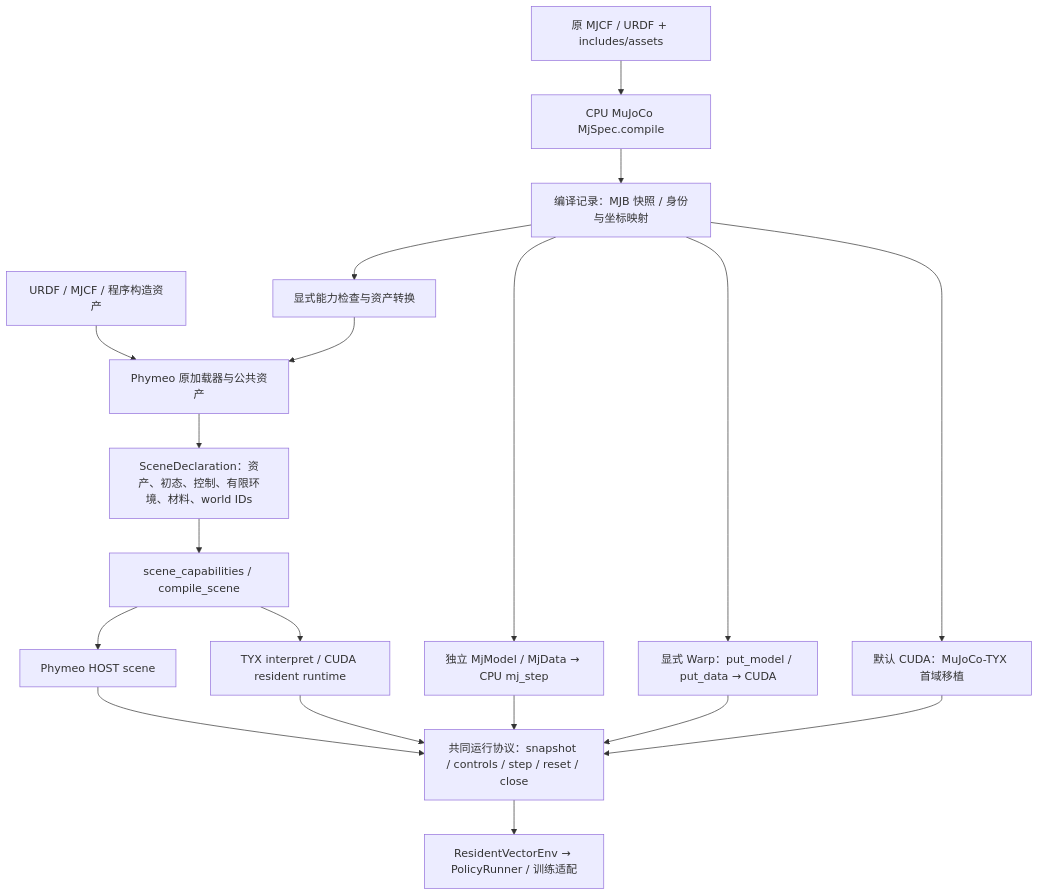
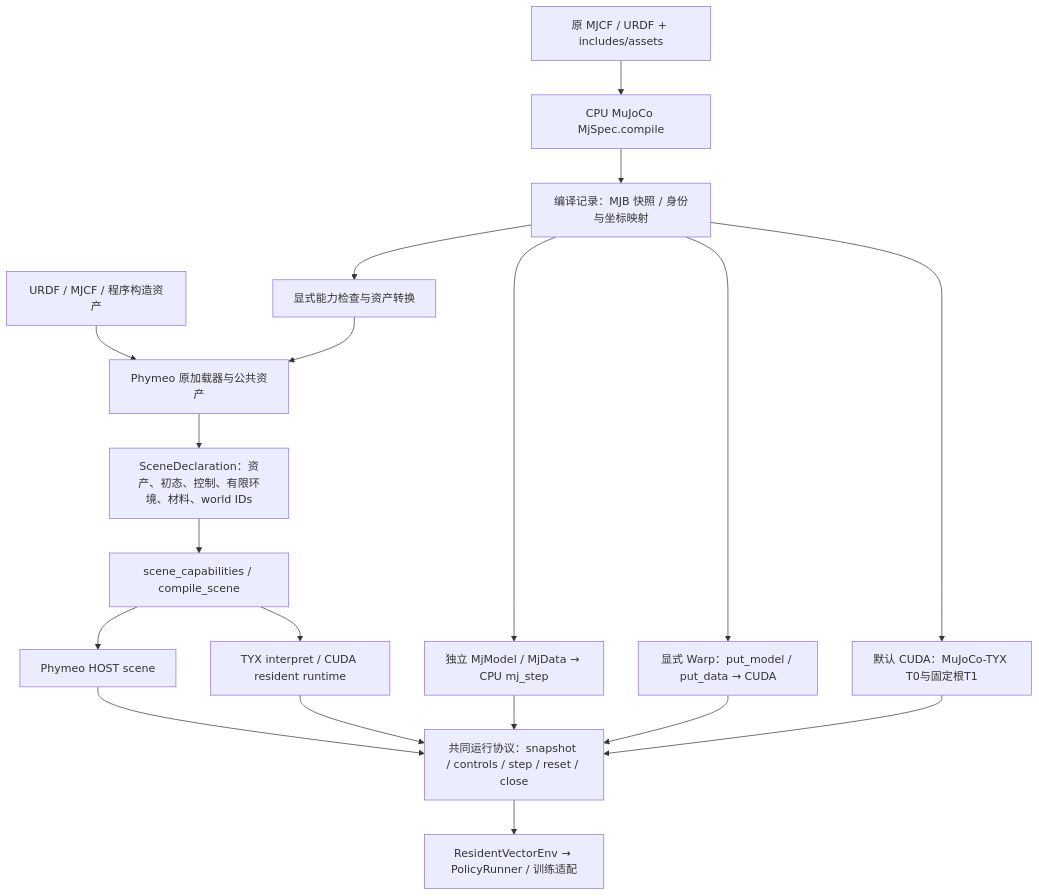
Before and after one commit to ChenxrC/phymeo: the diagram in docs/architecture/unified-scene-compilation.md, drawn with Mermaid. The commit also changed other lines of this file and 7 other files, not shown here.

````diff
--- a/docs/architecture/unified-scene-compilation.md
+++ b/docs/architecture/unified-scene-compilation.md
@@ -5,21 +5,21 @@
 ```mermaid
 flowchart TD
   A[URDF / MJCF / 程序构造资产] --> B[Phymeo 原加载器与公共资产]
   C[原 MJCF / URDF + includes/assets] --> D[CPU MuJoCo MjSpec.compile]
   D --> E[编译记录：MJB 快照 / 身份与坐标映射]
   E --> F[显式能力检查与资产转换]
   F --> B
   B --> G[SceneDeclaration：资产、初态、控制、有限环境、材料、world IDs]
   G --> H[scene_capabilities / compile_scene]
   H --> I[Phymeo HOST scene]
   H --> J[TYX interpret / CUDA resident runtime]
   E --> K[独立 MjModel / MjData → CPU mj_step]
   E --> L[显式 Warp：put_model / put_data → CUDA]
-  E --> T[默认 CUDA：MuJoCo-TYX 首域移植]
+  E --> T[默认 CUDA：MuJoCo-TYX T0与固定根T1]
   I --> M[共同运行协议：snapshot / controls / step / reset / close]
   J --> M
   K --> M
   L --> M
   T --> M
   M --> N[ResidentVectorEnv → PolicyRunner / 训练适配]
 ```
````
